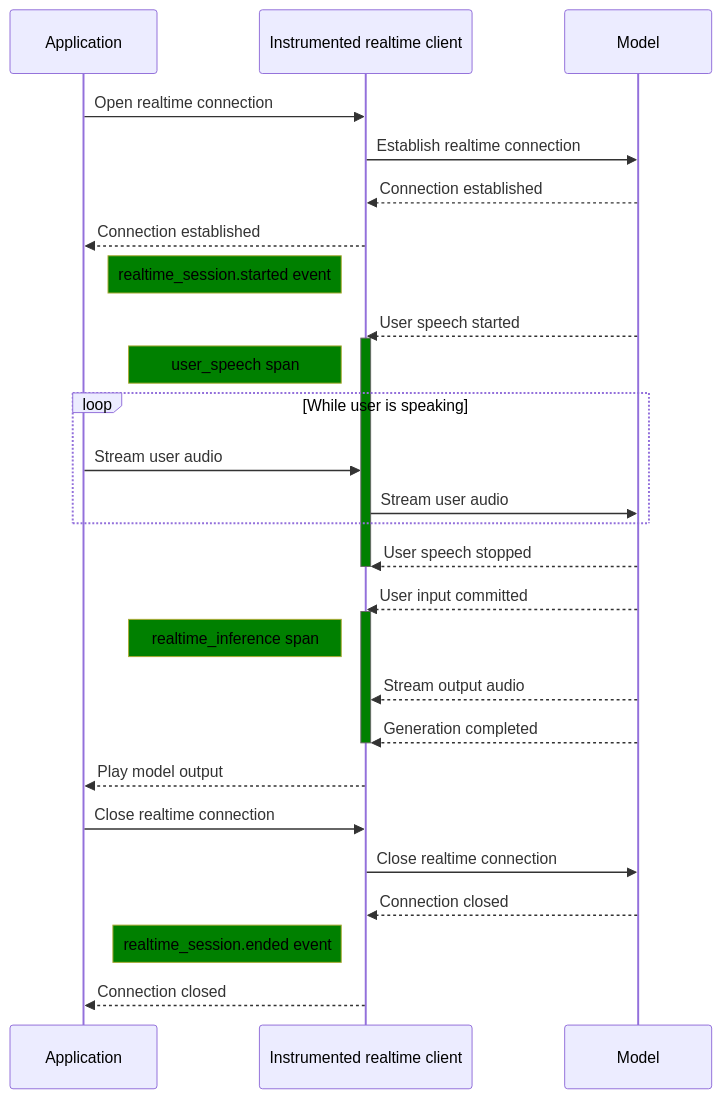
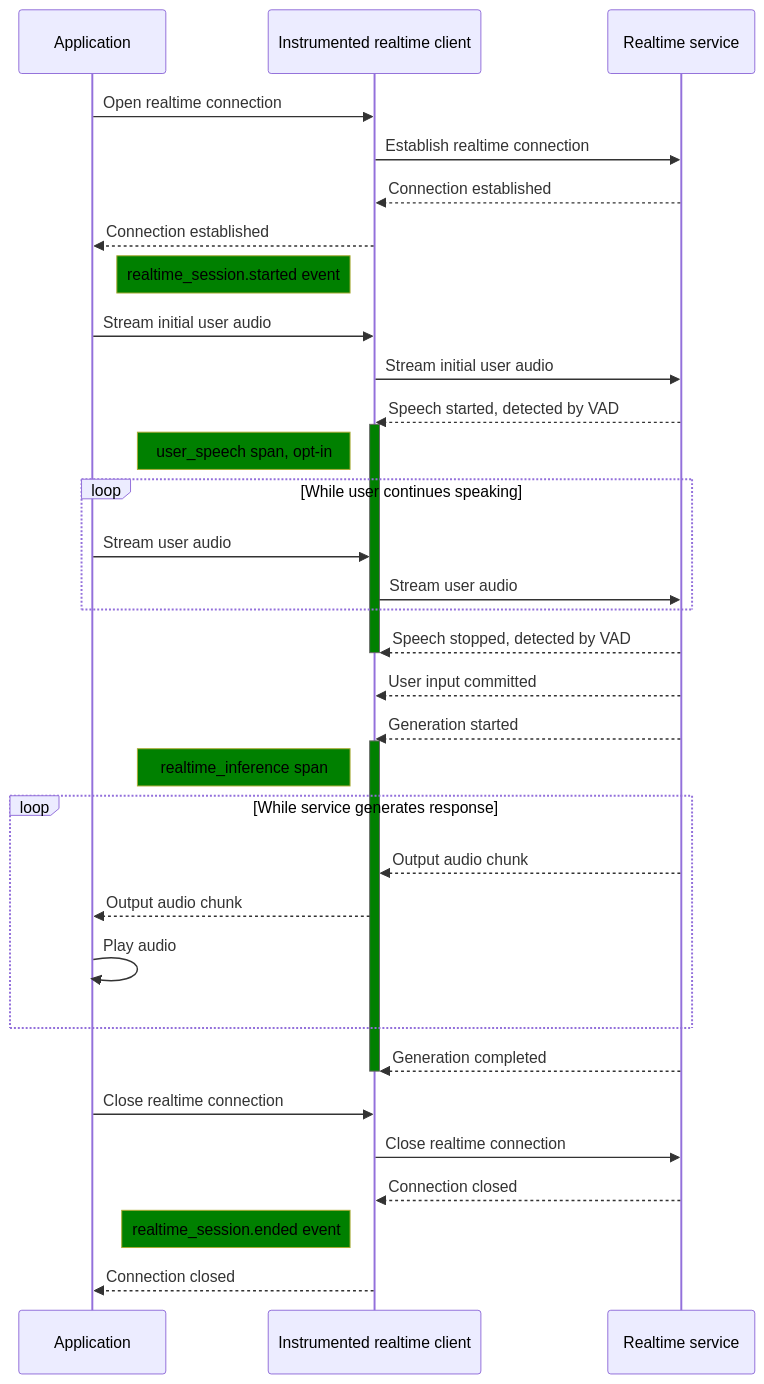
The fifth of 6 diagrams in docs/gen-ai/non-normative/examples-llm-calls.md (open-telemetry/semantic-conventions-genai), drawn with Mermaid before and after one commit.

Commit message:
Clarify realtime generation diagram

````diff
--- a/docs/gen-ai/non-normative/examples-llm-calls.md
+++ b/docs/gen-ai/non-normative/examples-llm-calls.md
@@ -985,38 +985,44 @@
 ```mermaid
 %%{init:
 {
   "sequence": { "messageAlign": "left", "htmlLabels":true },
   "themeVariables": { "noteBkgColor" : "green", "noteTextColor": "black", "activationBkgColor": "green", "htmlLabels":true }
 }
 }%%
 sequenceDiagram
     participant A as Application
     participant I as Instrumented realtime client
-    participant M as Model
+    participant S as Realtime service
     A->>I: Open realtime connection
-    I->>M: Establish realtime connection
-    M-->>I: Connection established
+    I->>S: Establish realtime connection
+    S-->>I: Connection established
     I-->>A: Connection established
     Note left of I: realtime_session.started event
-    M-->>I: User speech started
+    A->>I: Stream initial user audio
+    I->>S: Stream initial user audio
+    S-->>I: Speech started, detected by VAD
     activate I
-    Note left of I: user_speech span
-    loop While user is speaking
+    Note left of I: user_speech span, opt-in
+    loop While user continues speaking
         A->>I: Stream user audio
-        I->>M: Stream user audio
+        I->>S: Stream user audio
     end
-    M-->>I: User speech stopped
+    S-->>I: Speech stopped, detected by VAD
     deactivate I
-    M-->>I: User input committed
+    S-->>I: User input committed
+    S-->>I: Generation started
     activate I
     Note left of I: realtime_inference span
-    M-->>I: Stream output audio
-    M-->>I: Generation completed
+    loop While service generates response
+        S-->>I: Output audio chunk
+        I-->>A: Output audio chunk
+        A->>A: Play audio
+    end
+    S-->>I: Generation completed
     deactivate I
-    I-->>A: Play model output
     A->>I: Close realtime connection
-    I->>M: Close realtime connection
-    M-->>I: Connection closed
+    I->>S: Close realtime connection
+    S-->>I: Connection closed
     Note left of I: realtime_session.ended event
     I-->>A: Connection closed
 ```
````
